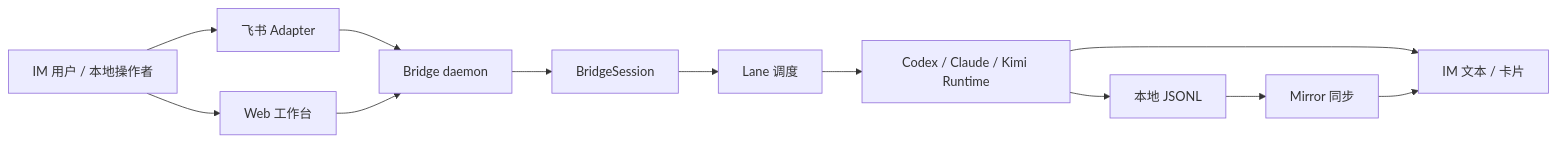
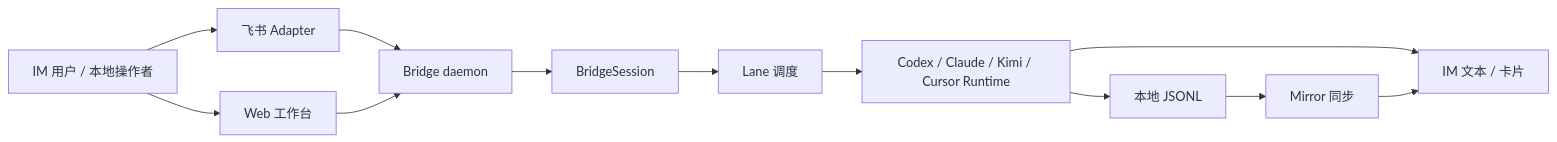
One commit to huiyeruzhou/codelark changed the first of 5 diagrams in docs/architecture/current.md. Above: the diagram before and after it, drawn with Mermaid. The commit also changed other lines of this file and 108 other files, not shown here.

Commit message:
feat: add Cursor tmux runtime

````diff
--- a/docs/architecture/current.md
+++ b/docs/architecture/current.md
@@ -7,25 +7,25 @@
 ```mermaid
 flowchart LR
   user[IM 用户 / 本地操作者]
   feishu[飞书 Adapter]
   ui[Web 工作台]
   bridge[Bridge daemon]
   session[BridgeSession]
   lane[Lane 调度]
-  runtime[Codex / Claude / Kimi Runtime]
+  runtime[Codex / Claude / Kimi / Cursor Runtime]
   jsonl[本地 JSONL]
   mirror[Mirror 同步]
   card[IM 文本 / 卡片]
 
   user --> feishu
   user --> ui
   feishu --> bridge
   ui --> bridge
   bridge --> session
   session --> lane
   lane --> runtime
   runtime --> jsonl
   runtime --> card
   jsonl --> mirror
   mirror --> card
 ```
````
